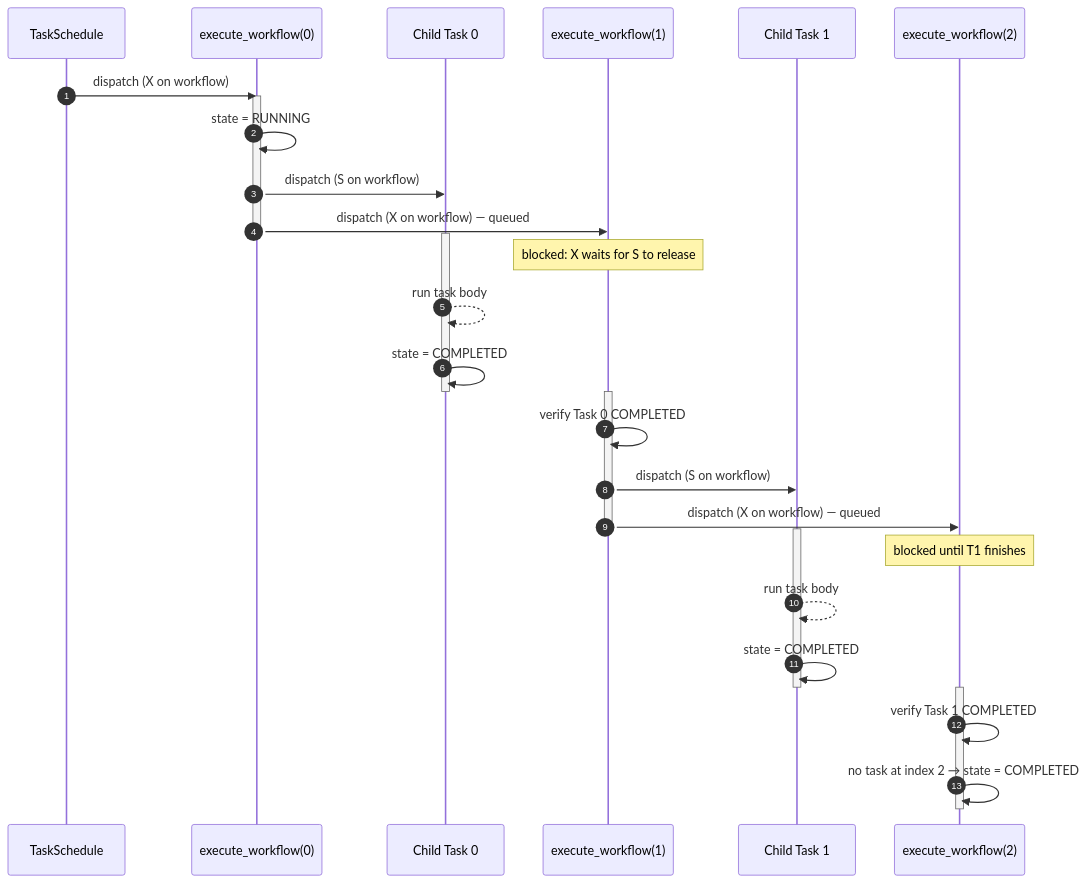
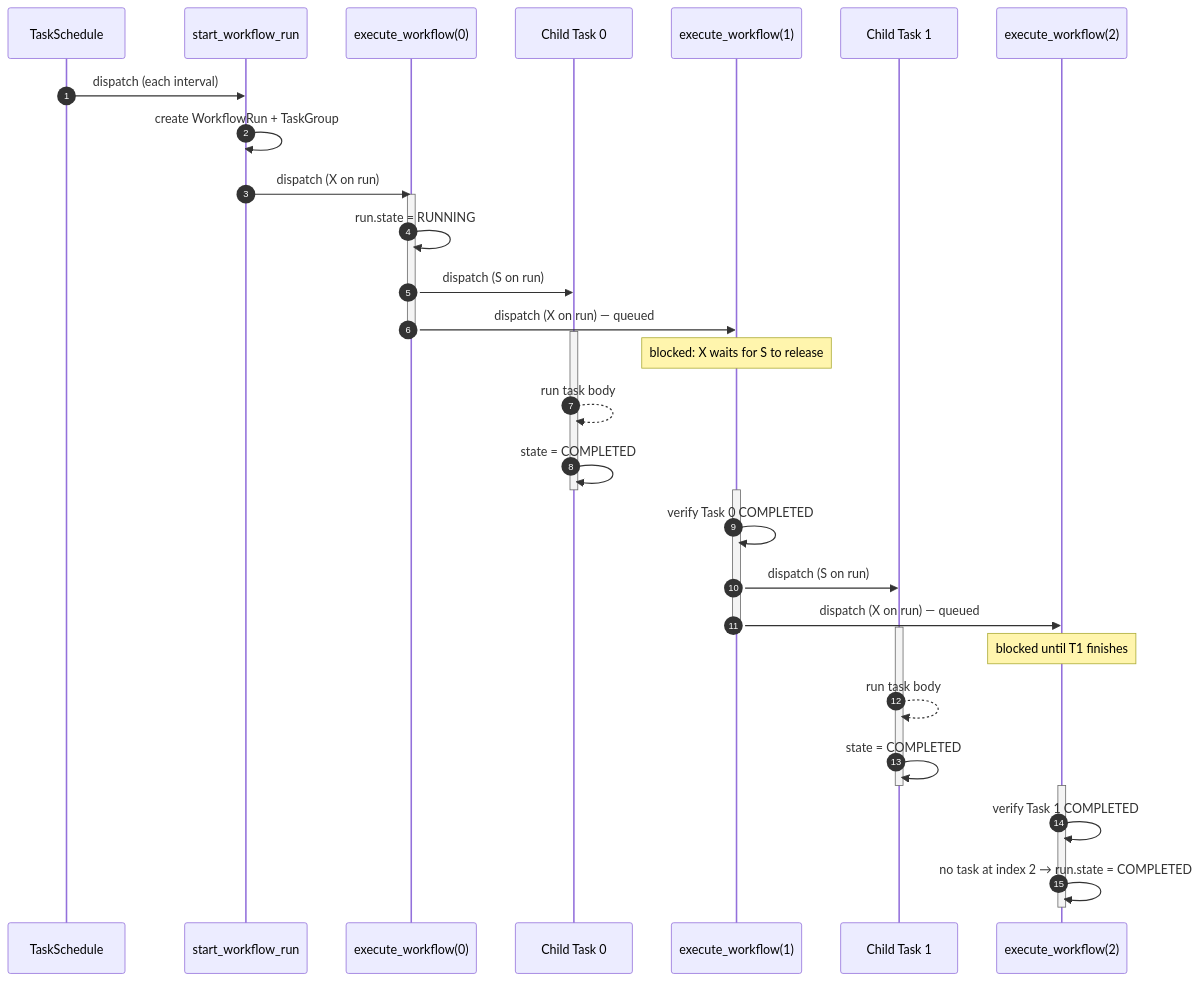
One commit to pulp/pulp_workflow changed the first of 2 diagrams in docs/design.md. Above: the diagram before and after it, drawn with Mermaid. The commit also changed other lines of this file and 20 other files, not shown here.

````diff
--- a/docs/design.md
+++ b/docs/design.md
@@ -30,40 +61,43 @@
 ```mermaid
 sequenceDiagram
     autonumber
     participant TaskSchedule
+    participant SR as start_workflow_run
     participant EW0 as execute_workflow(0)
     participant T0 as Child Task 0
     participant EW1 as execute_workflow(1)
     participant T1 as Child Task 1
     participant EW2 as execute_workflow(2)
 
-    TaskSchedule->>EW0: dispatch (X on workflow)
+    TaskSchedule->>SR: dispatch (each interval)
+    SR->>SR: create WorkflowRun + TaskGroup
+    SR->>EW0: dispatch (X on run)
     activate EW0
-    EW0->>EW0: state = RUNNING
-    EW0->>T0: dispatch (S on workflow)
-    EW0->>EW1: dispatch (X on workflow) — queued
+    EW0->>EW0: run.state = RUNNING
+    EW0->>T0: dispatch (S on run)
+    EW0->>EW1: dispatch (X on run) — queued
     deactivate EW0
 
     activate T0
     Note over EW1: blocked: X waits for S to release
     T0-->>T0: run task body
     T0->>T0: state = COMPLETED
     deactivate T0
 
     activate EW1
     EW1->>EW1: verify Task 0 COMPLETED
-    EW1->>T1: dispatch (S on workflow)
-    EW1->>EW2: dispatch (X on workflow) — queued
+    EW1->>T1: dispatch (S on run)
+    EW1->>EW2: dispatch (X on run) — queued
     deactivate EW1
 
     activate T1
     Note over EW2: blocked until T1 finishes
     T1-->>T1: run task body
     T1->>T1: state = COMPLETED
     deactivate T1
 
     activate EW2
     EW2->>EW2: verify Task 1 COMPLETED
-    EW2->>EW2: no task at index 2 → state = COMPLETED
+    EW2->>EW2: no task at index 2 → run.state = COMPLETED
     deactivate EW2
 ```
````
